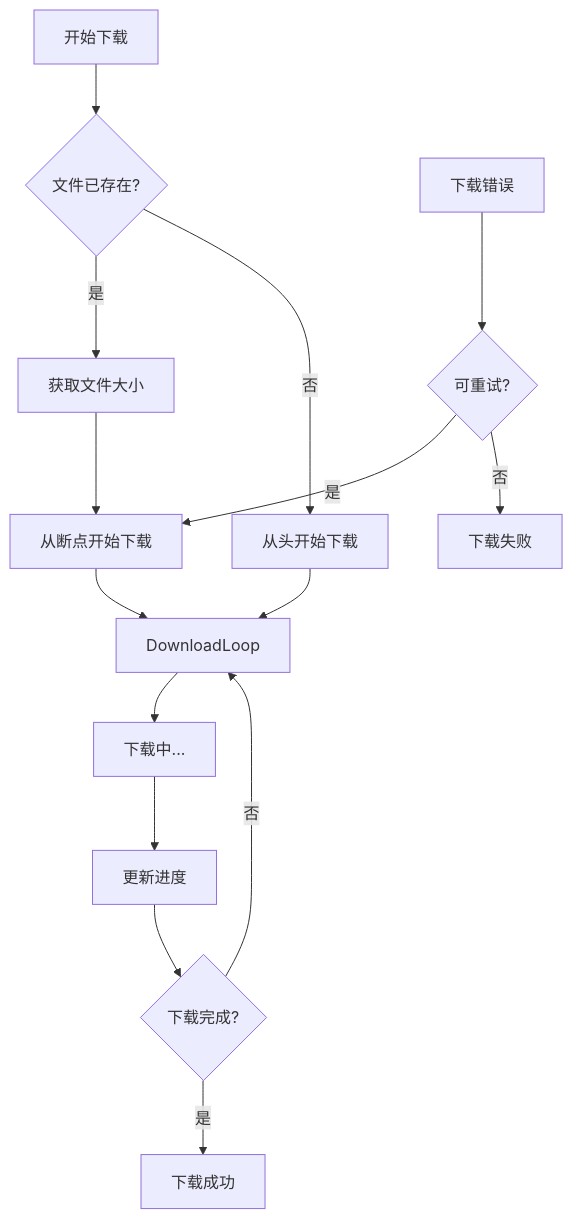
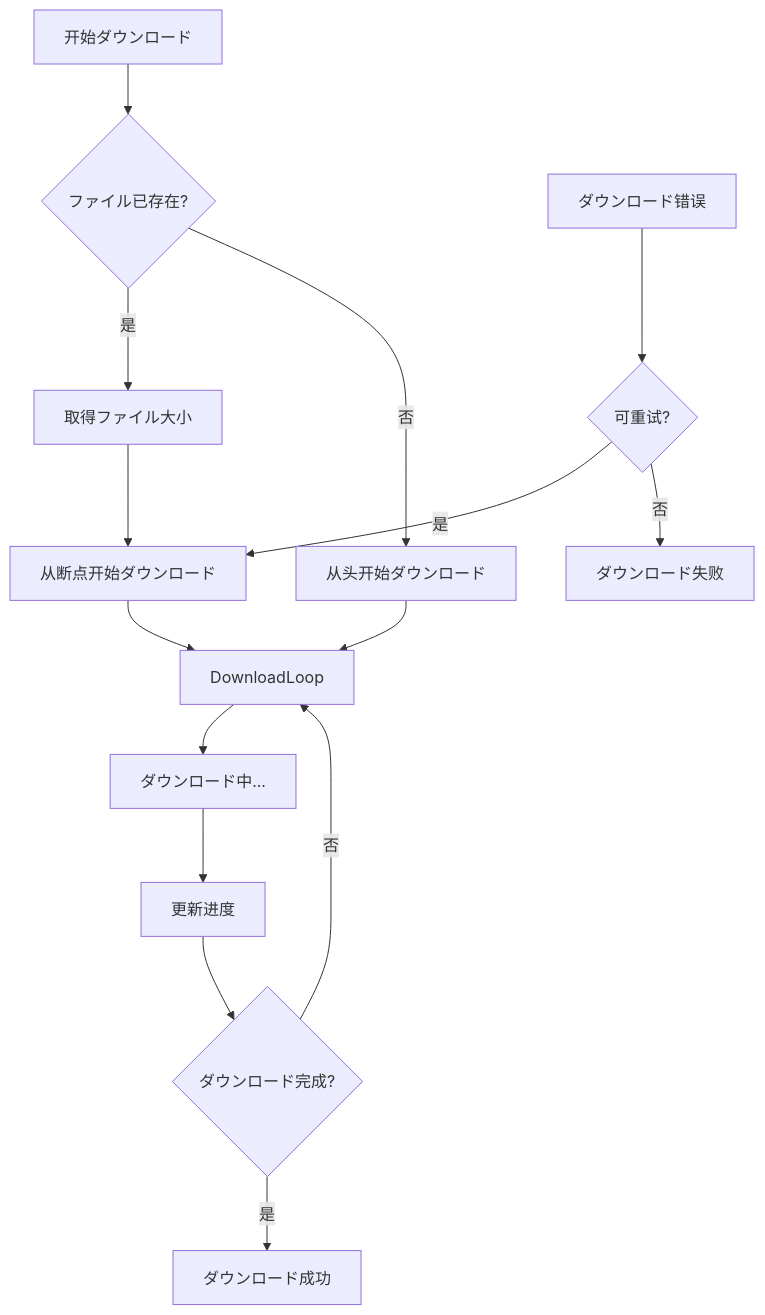
One commit to AlianBlank/GameFrameX.Docs changed the fourth of 4 diagrams in docs/ja/client/unity/component/download/08.download-component.md. Above: the diagram before and after it, drawn with Mermaid. The commit also changed other lines of this file and 603 other files, not shown here.

````diff
--- a/docs/ja/client/unity/component/download/08.download-component.md
+++ b/docs/ja/client/unity/component/download/08.download-component.md
@@ -270,23 +270,23 @@
 ```mermaid
 flowchart TD
-    Start[开始下载] --> Check{文件已存在?}
+    Start[开始ダウンロード] --> Check{ファイル已存在?}
     
-    Check -->|是| GetSize[获取文件大小]
-    GetSize --> Resume[从断点开始下载]
+    Check -->|是| GetSize[取得ファイル大小]
+    GetSize --> Resume[从断点开始ダウンロード]
     
-    Check -->|否| Full[从头开始下载]
+    Check -->|否| Full[从头开始ダウンロード]
     
     Resume --> DownloadLoop
     Full --> DownloadLoop
     
-    DownloadLoop --> Progress[下载中...]
+    DownloadLoop --> Progress[ダウンロード中...]
     Progress --> Update[更新进度]
-    Update --> Complete{下载完成?}
+    Update --> Complete{ダウンロード完成?}
     
     Complete -->|否| DownloadLoop
-    Complete -->|是| Success[下载成功]
+    Complete -->|是| Success[ダウンロード成功]
     
-    Error[下载错误] --> Retry{可重试?}
+    Error[ダウンロード错误] --> Retry{可重试?}
     Retry -->|是| Resume
-    Retry -->|否| Fail[下载失败]
+    Retry -->|否| Fail[ダウンロード失败]
 ```
````
